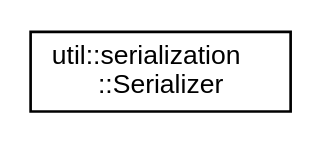
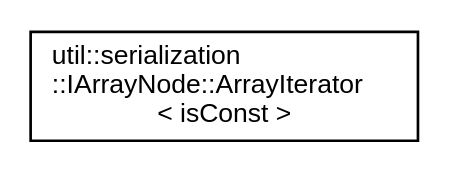
Before and after one commit to AndreasLrx/ecstasy: the diagram in inherit_graph_77.dot, drawn with Graphviz. The commit also changed 279 other files, not shown here.

```diff
--- a/inherit_graph_77.dot
+++ b/inherit_graph_77.dot
@@ -1,8 +1,8 @@
 digraph "Graphical Class Hierarchy"
 {
  // LATEX_PDF_SIZE
   edge [fontname="Helvetica",fontsize="10",labelfontname="Helvetica",labelfontsize="10"];
   node [fontname="Helvetica",fontsize="10",shape=record];
   rankdir="LR";
-  Node0 [label="util::serialization\l::Serializer",height=0.2,width=0.4,color="black", fillcolor="white", style="filled",URL="$classutil_1_1serialization_1_1_serializer.html",tooltip="Static class."];
+  Node0 [label="util::serialization\l::IArrayNode::ArrayIterator\l\< isConst \>",height=0.2,width=0.4,color="black", fillcolor="white", style="filled",URL="$classutil_1_1serialization_1_1_i_array_node_1_1_array_iterator.html",tooltip="Abstract Array Iterator."];
 }
```
